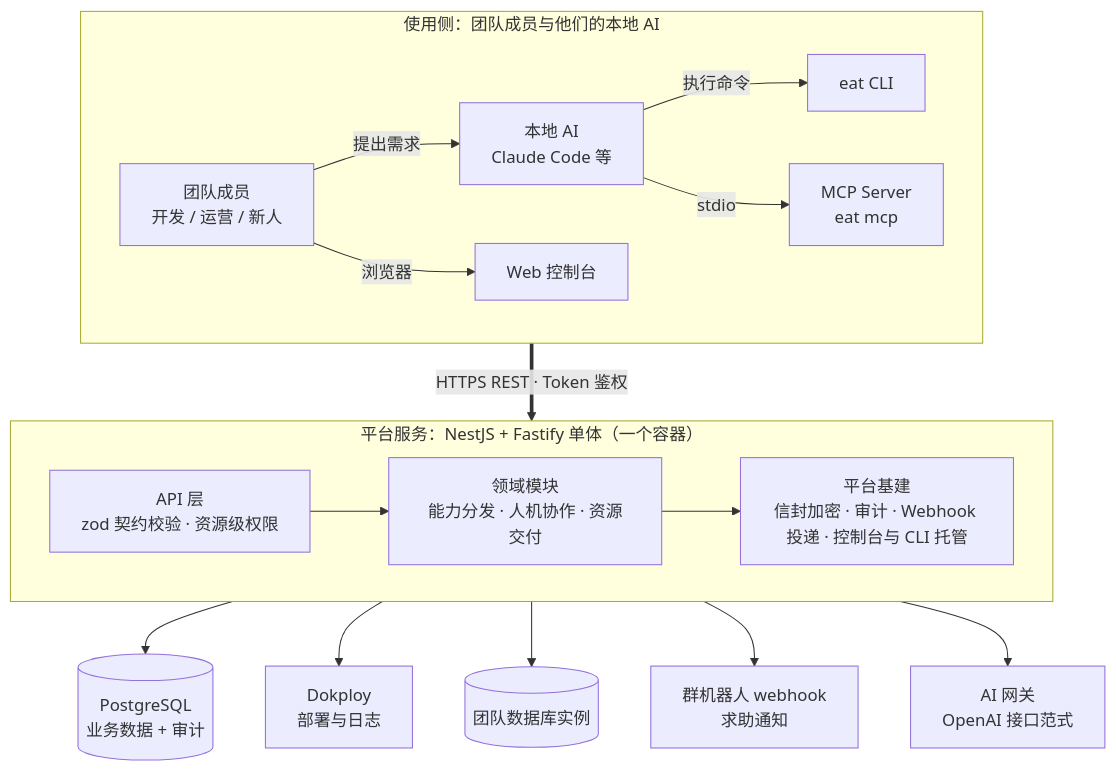
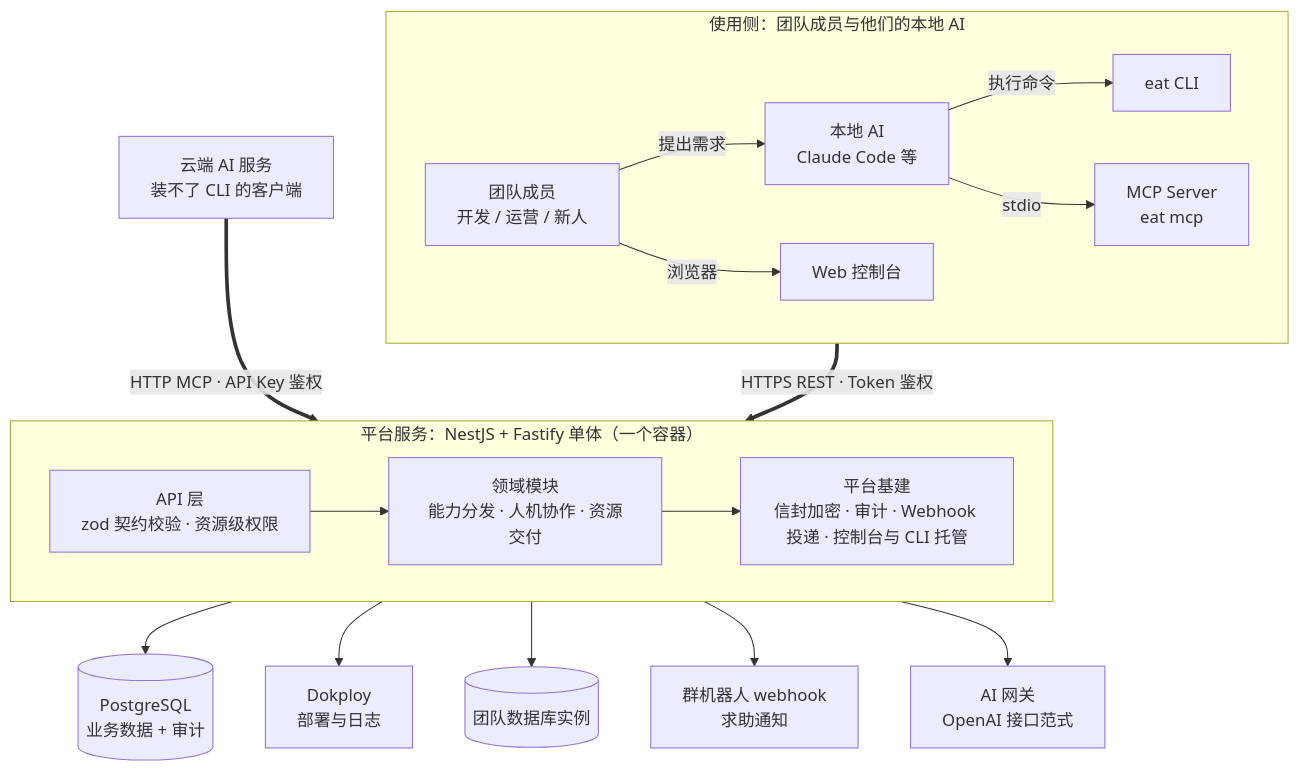
Before and after one commit to othorizon/easy-agent-team: the diagram in README.md, drawn with Mermaid. The commit also changed other lines of this file and 37 other files, not shown here.

First line of the commit message:
feat(mcp): eat 自身能力提供标准 HTTP MCP 端点，API Key 走请求头（决策 55）

````diff
--- a/README.md
+++ b/README.md
@@ -49,30 +49,32 @@
 ```mermaid
 flowchart TB
     subgraph U["使用侧：团队成员与他们的本地 AI"]
         direction LR
         P["团队成员<br/>开发 / 运营 / 新人"]
         AI["本地 AI<br/>Claude Code 等"]
         CLI["eat CLI"]
         MCPS["MCP Server<br/>eat mcp"]
         WEB["Web 控制台"]
         P -->|"提出需求"| AI
         P -->|"浏览器"| WEB
         AI -->|"执行命令"| CLI
         AI -->|"stdio"| MCPS
     end
+
+    CLOUD["云端 AI 服务<br/>装不了 CLI 的客户端"] ==>|"HTTP MCP · API Key 鉴权"| S
 
     U ==>|"HTTPS REST · Token 鉴权"| S
 
     subgraph S["平台服务：NestJS + Fastify 单体（一个容器）"]
         API["API 层<br/>zod 契约校验 · 资源级权限"]
         DOM["领域模块<br/>能力分发 · 人机协作 · 资源交付"]
         INF["平台基建<br/>信封加密 · 审计 · Webhook 投递 · 控制台与 CLI 托管"]
         API --> DOM --> INF
     end
 
     S --> PG[("PostgreSQL<br/>业务数据 + 审计")]
     S --> DOK["Dokploy<br/>部署与日志"]
     S --> TDB[("团队数据库实例")]
     S --> IM["群机器人 webhook<br/>求助通知"]
     S --> LLM["AI 网关<br/>OpenAI 接口范式"]
 ```
````
